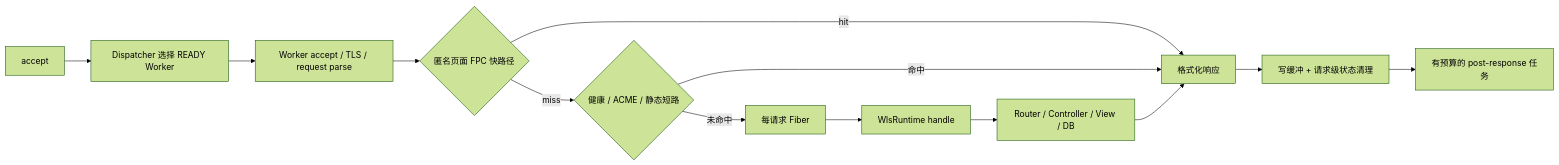
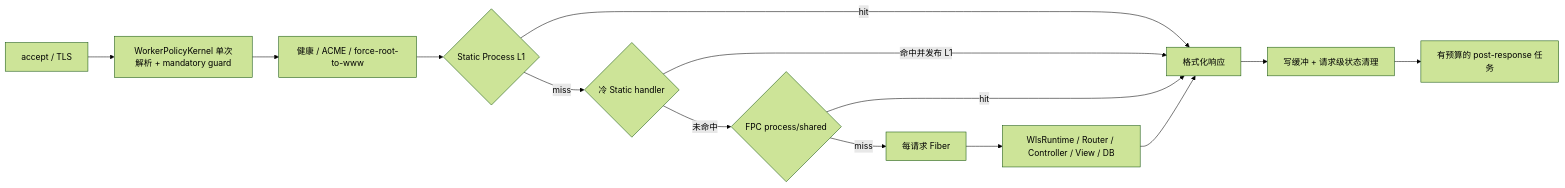
The third of 7 diagrams in app/code/Weline/Server/doc/WLS架构图.md (Aiweline/WelineFramework), drawn with Mermaid (forest theme) before and after one commit. The commit also changed other lines of this file and 1926 other files, not shown here.

Commit message:
feat: implement WelineFramework 2.0 runtime architecture

````diff
--- a/app/code/Weline/Server/doc/WLS架构图.md
+++ b/app/code/Weline/Server/doc/WLS架构图.md
@@ -72,15 +86,16 @@
 ```mermaid
 flowchart LR
-  A["accept"] --> B["Dispatcher 选择 READY Worker"]
-  B --> C["Worker accept / TLS / request parse"]
-  C --> D{"匿名页面 FPC 快路径"}
+  A["accept / TLS"] --> B["WorkerPolicyKernel 单次解析 + mandatory guard"]
+  B --> C["健康 / ACME / force-root-to-www"]
+  C --> D{"Static Process L1"}
   D -->|hit| R["格式化响应"]
-  D -->|miss| E{"健康 / ACME / 静态短路"}
-  E -->|命中| R
-  E -->|未命中| F["每请求 Fiber"]
-  F --> G["WlsRuntime handle"]
-  G --> H["Router / Controller / View / DB"]
+  D -->|miss| E{"冷 Static handler"}
+  E -->|命中并发布 L1| R
+  E -->|未命中| F{"FPC process/shared"}
+  F -->|hit| R
+  F -->|miss| G["每请求 Fiber"]
+  G --> H["WlsRuntime / Router / Controller / View / DB"]
   H --> R
   R --> I["写缓冲 + 请求级状态清理"]
   I --> J["有预算的 post-response 任务"]
 ```
````
